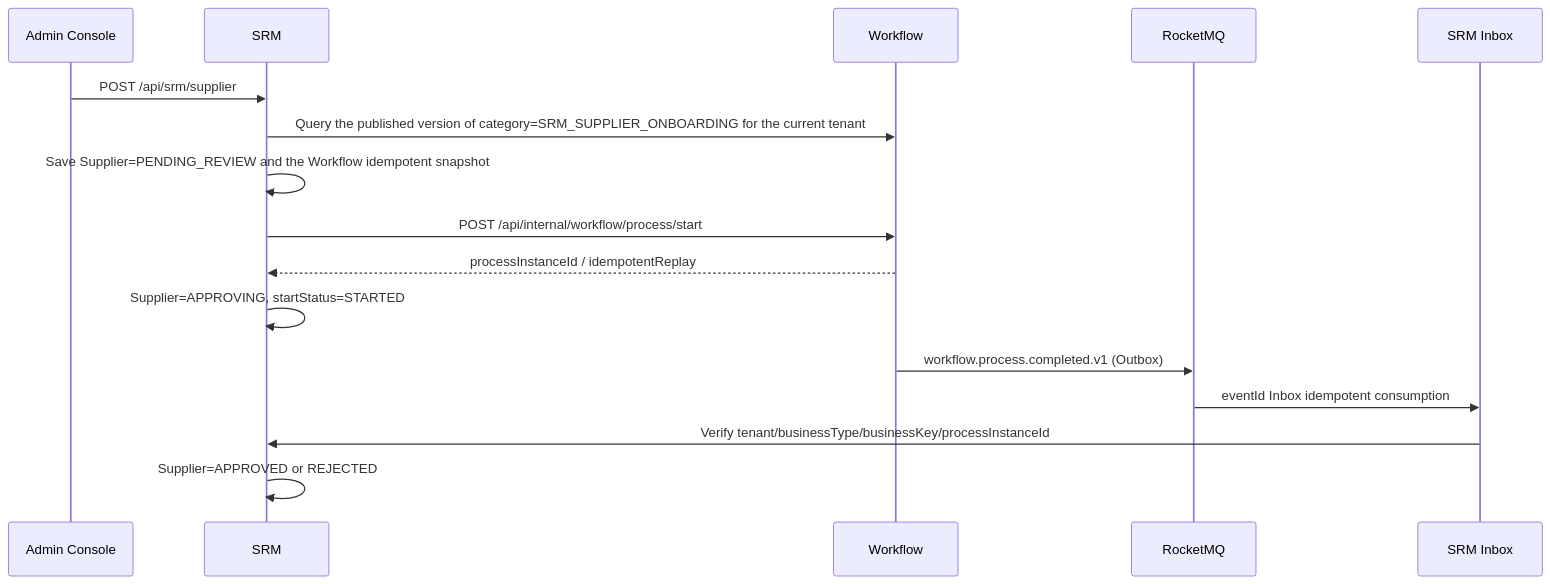
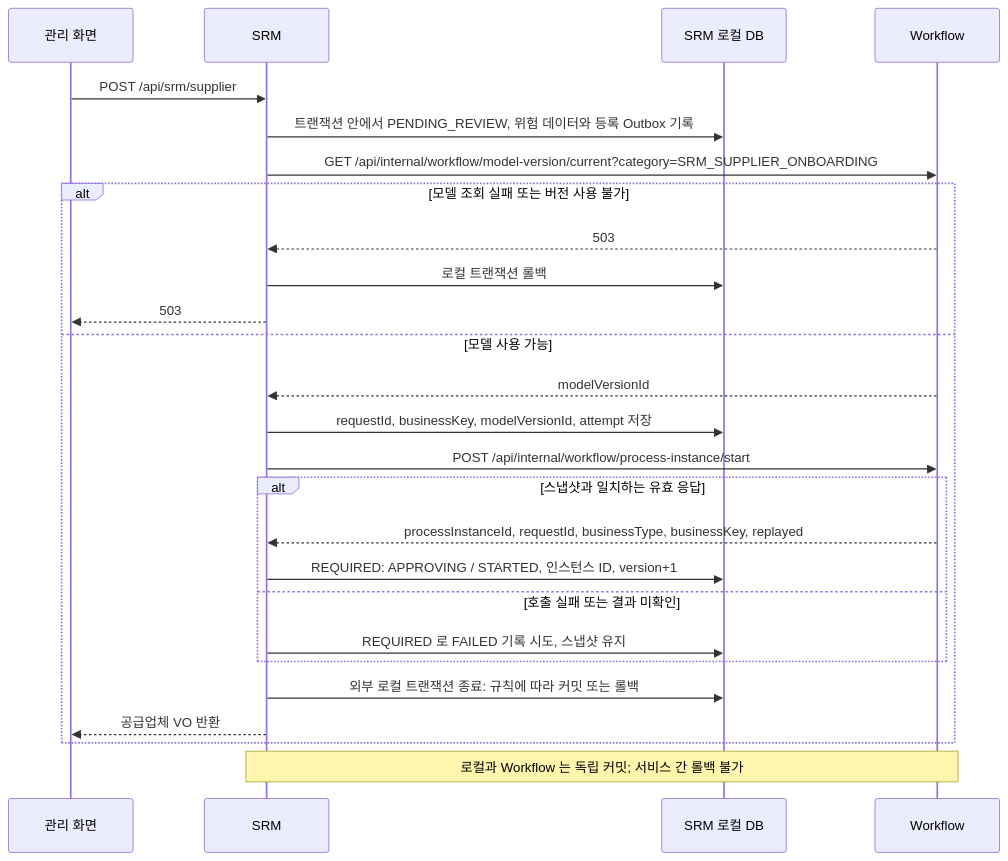
One commit to wang-baohai/Omni-Stack changed diagram 16 of 21 in docs/core-flows.kr.md. Above: the diagram before and after it, drawn with Mermaid. The commit also changed other lines of this file and 1095 other files, not shown here.

````diff
--- a/docs/core-flows.kr.md
+++ b/docs/core-flows.kr.md
@@ -1719,19 +1344,28 @@
 ```mermaid
 sequenceDiagram
-    participant U as Admin Console
+    participant U as 관리 화면
     participant S as SRM
+    participant D as SRM 로컬 DB
     participant W as Workflow
-    participant M as RocketMQ
-    participant D as SRM Inbox
-
     U->>S: POST /api/srm/supplier
-    S->>W: Query the published version of category=SRM_SUPPLIER_ONBOARDING for the current tenant
-    S->>S: Save Supplier=PENDING_REVIEW and the Workflow idempotent snapshot
-    S->>W: POST /api/internal/workflow/process/start
-    W-->>S: processInstanceId / idempotentReplay
-    S->>S: Supplier=APPROVING, startStatus=STARTED
-    W->>M: workflow.process.completed.v1 (Outbox)
-    M->>D: eventId Inbox idempotent consumption
-    D->>S: Verify tenant/businessType/businessKey/processInstanceId
-    S->>S: Supplier=APPROVED or REJECTED
+    S->>D: 트랜잭션 안에서 PENDING_REVIEW, 위험 데이터와 등록 Outbox 기록
+    S->>W: GET /api/internal/workflow/model-version/current?category=SRM_SUPPLIER_ONBOARDING
+    alt 모델 조회 실패 또는 버전 사용 불가
+        W-->>S: 503
+        S->>D: 로컬 트랜잭션 롤백
+        S-->>U: 503
+    else 모델 사용 가능
+        W-->>S: modelVersionId
+        S->>D: requestId, businessKey, modelVersionId, attempt 저장
+        S->>W: POST /api/internal/workflow/process-instance/start
+        alt 스냅샷과 일치하는 유효 응답
+            W-->>S: processInstanceId, requestId, businessType, businessKey, replayed
+            S->>D: REQUIRED: APPROVING / STARTED, 인스턴스 ID, version+1
+        else 호출 실패 또는 결과 미확인
+            S->>D: REQUIRED 로 FAILED 기록 시도, 스냅샷 유지
+        end
+        S->>D: 외부 로컬 트랜잭션 종료: 규칙에 따라 커밋 또는 롤백
+        S-->>U: 공급업체 VO 반환
+    end
+    Note over S,W: 로컬과 Workflow 는 독립 커밋#59; 서비스 간 롤백 불가
 ```
````
